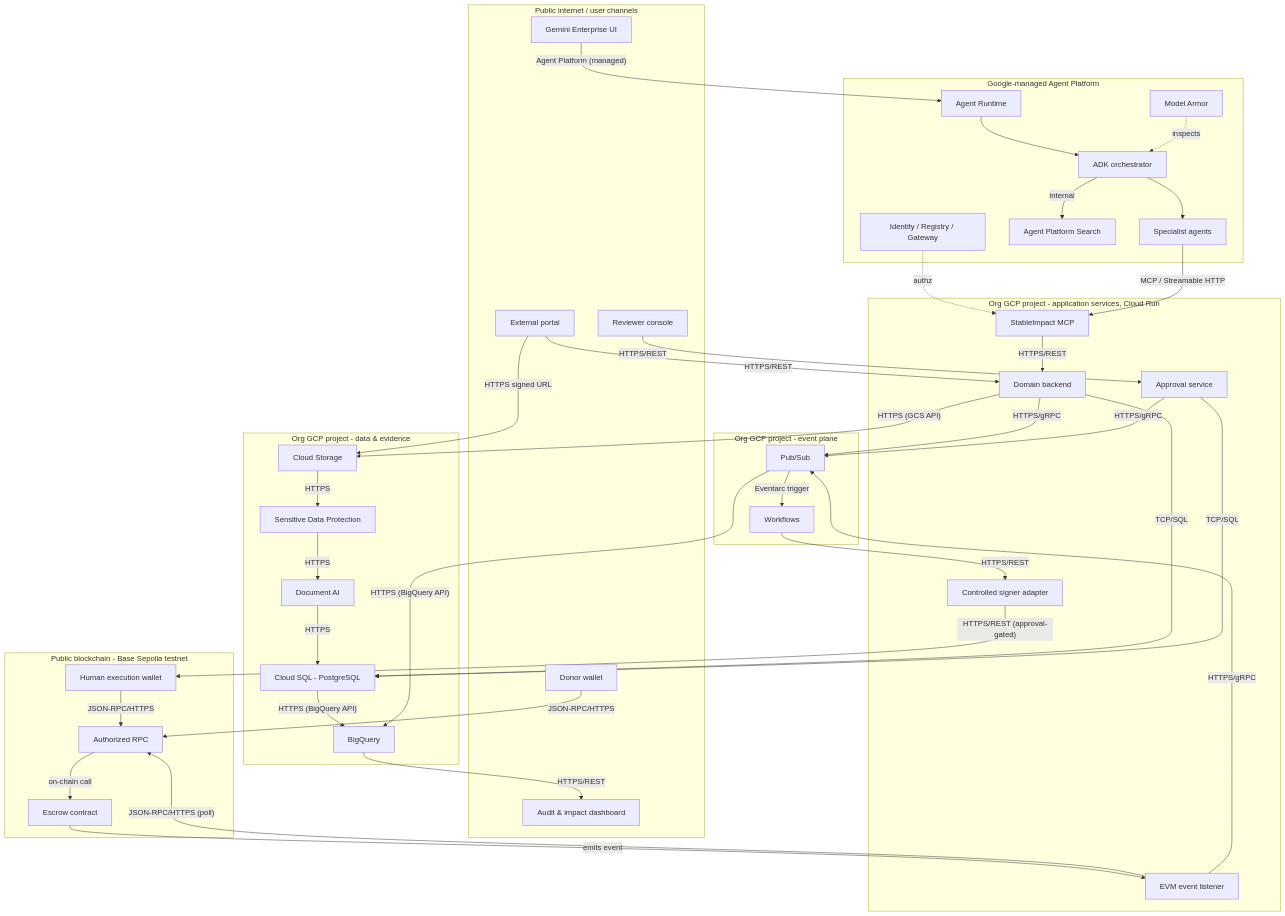
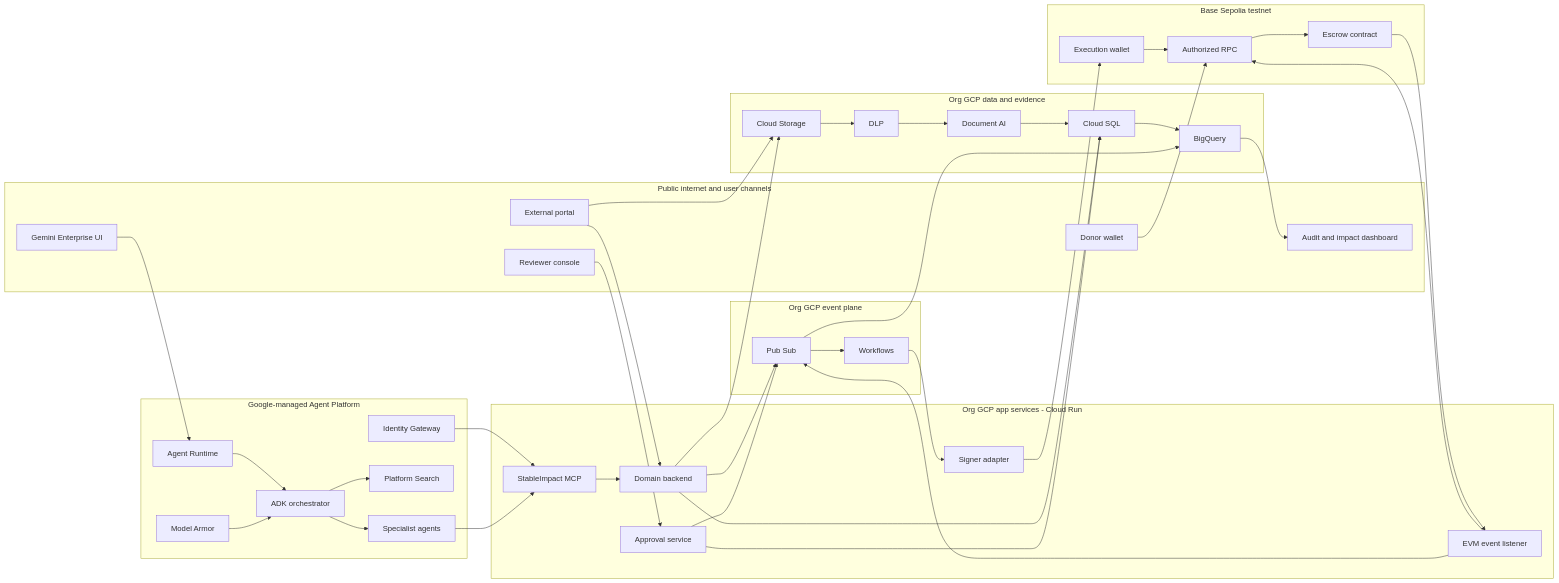
Before and after one commit to eweinmanepam/Documents: the first of 19 diagrams in stableimpact-design.md, drawn with Mermaid. The commit also changed other lines of this file, not shown here.

````diff
--- a/stableimpact-design.md
+++ b/stableimpact-design.md
@@ -36,82 +36,74 @@
 ```mermaid
-flowchart TB
-  subgraph Public[Public internet / user channels]
+flowchart LR
+  subgraph Public[Public internet and user channels]
     GE[Gemini Enterprise UI]
     PORTAL[External portal]
     REVIEW[Reviewer console]
-    DASH[Audit & impact dashboard]
+    DASH[Audit and impact dashboard]
     DONORW[Donor wallet]
   end
 
   subgraph Platform[Google-managed Agent Platform]
     RUNTIME[Agent Runtime]
     ORCH[ADK orchestrator]
     AGENTS[Specialist agents]
-    SEARCH[Agent Platform Search]
-    GOVERN[Identity / Registry / Gateway]
+    SEARCH[Platform Search]
+    GOVERN[Identity Gateway]
     ARMOR[Model Armor]
   end
 
-  subgraph AppSvc[Org GCP project - application services, Cloud Run]
+  subgraph AppSvc[Org GCP app services - Cloud Run]
     MCP[StableImpact MCP]
     API[Domain backend]
     APPROVAL[Approval service]
     LISTENER[EVM event listener]
-    SIGNER[Controlled signer adapter]
+    SIGNER[Signer adapter]
   end
 
-  subgraph DataZone[Org GCP project - data & evidence]
-    SQL[Cloud SQL - PostgreSQL]
+  subgraph DataZone[Org GCP data and evidence]
+    SQL[Cloud SQL]
     GCS[Cloud Storage]
-    DLP[Sensitive Data Protection]
+    DLP[DLP]
     DOC[Document AI]
     BQ[BigQuery]
   end
 
-  subgraph EventZone[Org GCP project - event plane]
-    PS[Pub/Sub]
+  subgraph EventZone[Org GCP event plane]
+    PS[Pub Sub]
     WF[Workflows]
   end
 
-  subgraph Chain[Public blockchain - Base Sepolia testnet]
+  subgraph Chain[Base Sepolia testnet]
     RPC[Authorized RPC]
     CONTRACT[Escrow contract]
-    WALLET[Human execution wallet]
+    WALLET[Execution wallet]
   end
 
-  GE -- Agent Platform (managed) --> RUNTIME
-  RUNTIME --> ORCH
-  ORCH --> AGENTS
-  ORCH -- internal --> SEARCH
-  GOVERN -. authz .-> MCP
-  ARMOR -. inspects .-> ORCH
+  GE --> RUNTIME --> ORCH --> AGENTS
+  ORCH --> SEARCH
+  ARMOR --> ORCH
+  GOVERN --> MCP
 
-  PORTAL -- HTTPS/REST --> API
-  PORTAL -- HTTPS signed URL --> GCS
-  DONORW -- JSON-RPC/HTTPS --> RPC
-  REVIEW -- HTTPS/REST --> APPROVAL
+  PORTAL --> API
+  PORTAL --> GCS
+  REVIEW --> APPROVAL
+  DONORW --> RPC
 
-  AGENTS -- MCP / Streamable HTTP --> MCP
-  MCP -- HTTPS/REST --> API
-  API -- TCP/SQL --> SQL
-  API -- HTTPS (GCS API) --> GCS
-  GCS -- HTTPS --> DLP
-  DLP -- HTTPS --> DOC
-  DOC -- HTTPS --> SQL
+  AGENTS --> MCP --> API
+  API --> SQL
+  API --> GCS
+  GCS --> DLP --> DOC --> SQL
 
-  API -- HTTPS/gRPC --> PS
-  APPROVAL -- TCP/SQL --> SQL
-  APPROVAL -- HTTPS/gRPC --> PS
-  PS -- Eventarc trigger --> WF
-  WF -- HTTPS/REST --> SIGNER
-  SIGNER -- HTTPS/REST (approval-gated) --> WALLET
-  WALLET -- JSON-RPC/HTTPS --> RPC
-  RPC -- on-chain call --> CONTRACT
-  CONTRACT -- emits event --> LISTENER
-  LISTENER -- JSON-RPC/HTTPS (poll) --> RPC
-  LISTENER -- HTTPS/gRPC --> PS
+  API --> PS
+  APPROVAL --> SQL
+  APPROVAL --> PS
 
-  SQL -- HTTPS (BigQuery API) --> BQ
-  PS -- HTTPS (BigQuery API) --> BQ
-  BQ -- HTTPS/REST --> DASH
+  PS --> WF --> SIGNER --> WALLET --> RPC --> CONTRACT
+  CONTRACT --> LISTENER
+  LISTENER --> RPC
+  LISTENER --> PS
+
+  SQL --> BQ
+  PS --> BQ
+  BQ --> DASH
 ```
````
